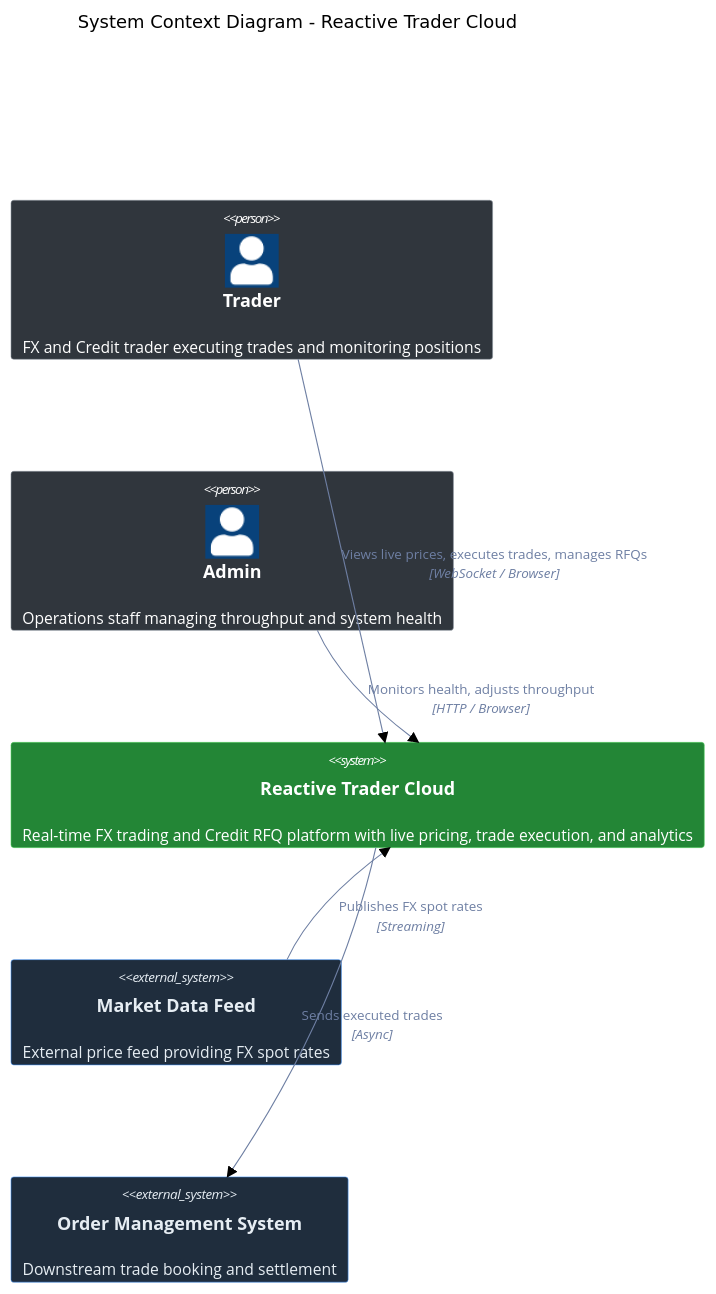
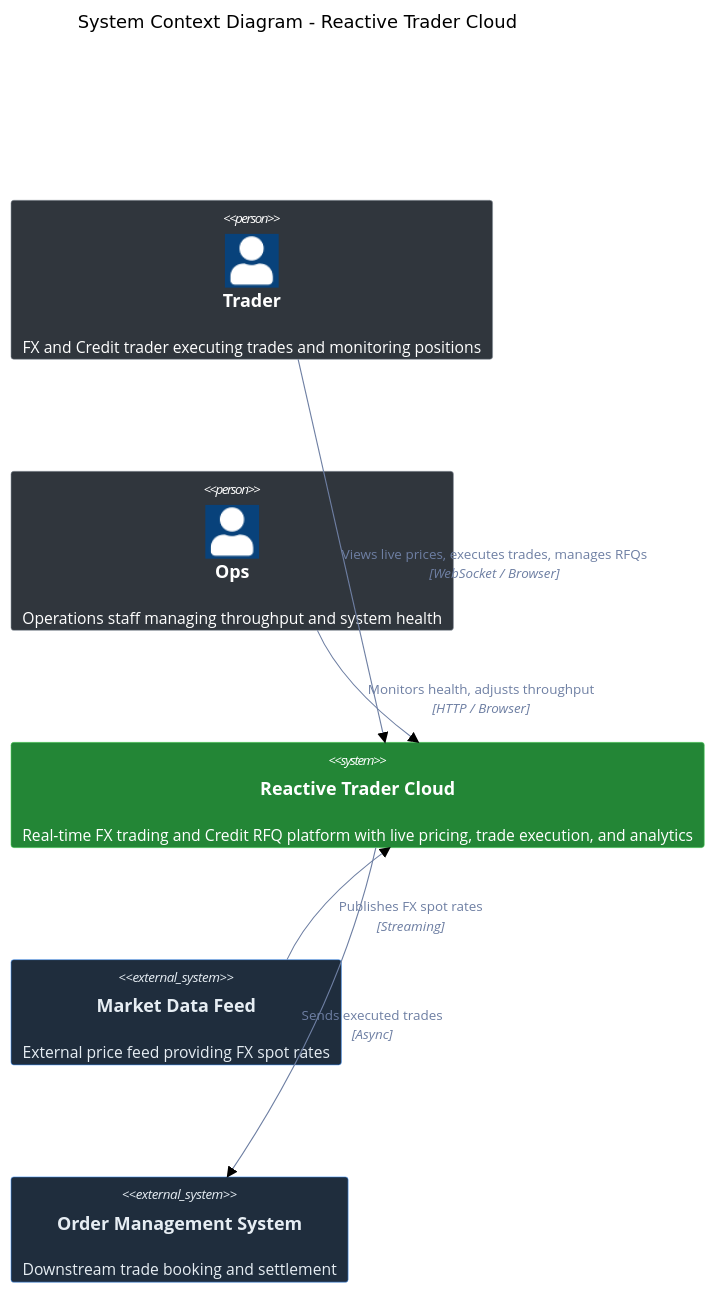
The first of 7 diagrams in docs/architecture/02-c4-model.md (bettersoftware-io/ReactiveTraderCloudClone), drawn with Mermaid (neutral theme) before and after one commit.

Commit message:
docs(ops): the C4 context actor is Ops, not Admin
Claude-Session: https://claude.ai/code/session_01BdyvKLv3ha2s9yPseJabkW

````diff
--- a/docs/architecture/02-c4-model.md
+++ b/docs/architecture/02-c4-model.md
@@ -9,27 +9,27 @@
 ```mermaid
 C4Context
     title System Context Diagram - Reactive Trader Cloud
 
     Person(trader, "Trader", "FX and Credit trader executing trades and monitoring positions")
-    Person(admin, "Admin", "Operations staff managing throughput and system health")
+    Person(ops, "Ops", "Operations staff managing throughput and system health")
 
     System(rtc, "Reactive Trader Cloud", "Real-time FX trading and Credit RFQ platform with live pricing, trade execution, and analytics")
 
     System_Ext(market, "Market Data Feed", "External price feed providing FX spot rates")
     System_Ext(oms, "Order Management System", "Downstream trade booking and settlement")
 
     Rel(trader, rtc, "Views live prices, executes trades, manages RFQs", "WebSocket / Browser")
-    Rel(admin, rtc, "Monitors health, adjusts throughput", "HTTP / Browser")
+    Rel(ops, rtc, "Monitors health, adjusts throughput", "HTTP / Browser")
     Rel(market, rtc, "Publishes FX spot rates", "Streaming")
     Rel(rtc, oms, "Sends executed trades", "Async")
 
     UpdateElementStyle(trader, $bgColor="#30363d", $fontColor="#ffffff", $borderColor="#8b949e")
-    UpdateElementStyle(admin, $bgColor="#30363d", $fontColor="#ffffff", $borderColor="#8b949e")
+    UpdateElementStyle(ops, $bgColor="#30363d", $fontColor="#ffffff", $borderColor="#8b949e")
     UpdateElementStyle(rtc, $bgColor="#238636", $fontColor="#ffffff", $borderColor="#56d364")
     UpdateElementStyle(market, $bgColor="#1f2d3d", $fontColor="#e6edf3", $borderColor="#4493f8")
     UpdateElementStyle(oms, $bgColor="#1f2d3d", $fontColor="#e6edf3", $borderColor="#4493f8")
     UpdateRelStyle(trader, rtc, $textColor="#6e7fa3", $lineColor="#6e7fa3")
-    UpdateRelStyle(admin, rtc, $textColor="#6e7fa3", $lineColor="#6e7fa3")
+    UpdateRelStyle(ops, rtc, $textColor="#6e7fa3", $lineColor="#6e7fa3")
     UpdateRelStyle(market, rtc, $textColor="#6e7fa3", $lineColor="#6e7fa3")
     UpdateRelStyle(rtc, oms, $textColor="#6e7fa3", $lineColor="#6e7fa3")
 ```
````
